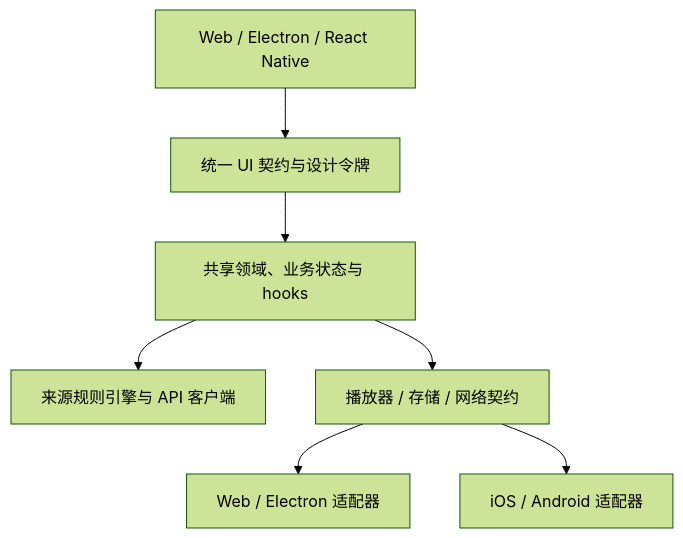
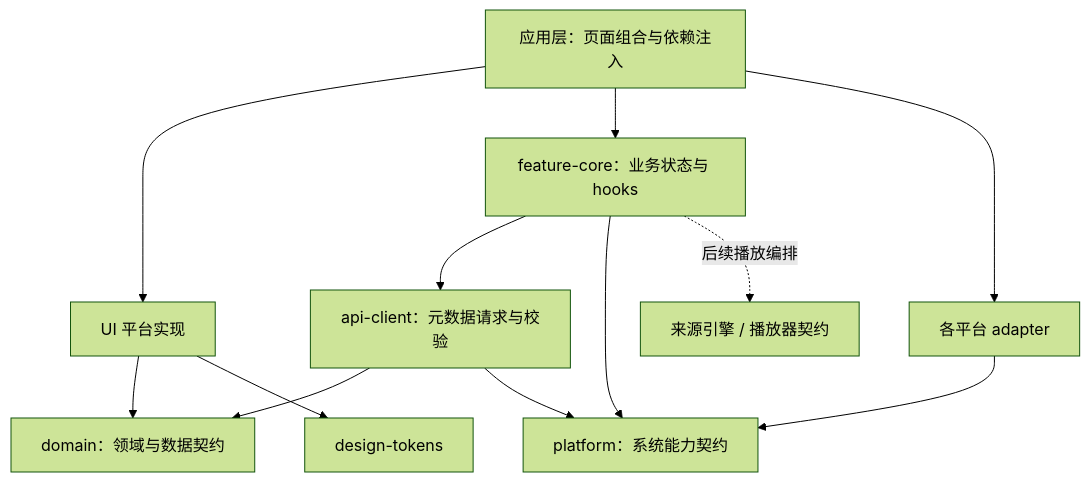
The diagram in README.md (kemengwang/hanacg), drawn with Mermaid (forest theme) before and after one commit. The commit also changed other lines of this file and 66 other files, not shown here.

````diff
--- a/README.md
+++ b/README.md
@@ -24,9 +57,14 @@
 ```mermaid
 flowchart TB
-    Apps[Web / Electron / React Native] --> UI[统一 UI 契约与设计令牌]
-    UI --> Core[共享领域、业务状态与 hooks]
-    Core --> Source[来源规则引擎与 API 客户端]
-    Core --> Contracts[播放器 / 存储 / 网络契约]
-    Contracts --> WebAdapters[Web / Electron 适配器]
-    Contracts --> NativeAdapters[iOS / Android 适配器]
+    Apps[应用层：页面组合与依赖注入] --> UI[UI 平台实现]
+    Apps --> Core[feature-core：业务状态与 hooks]
+    Apps --> Adapters[各平台 adapter]
+    UI --> Domain[domain：领域与数据契约]
+    UI --> Tokens[design-tokens]
+    Core --> API[api-client：元数据请求与校验]
+    Core --> Platform[platform：系统能力契约]
+    API --> Domain
+    API --> Platform
+    Adapters --> Platform
+    Core -. 后续播放编排 .-> Playback[来源引擎 / 播放器契约]
 ```
````
